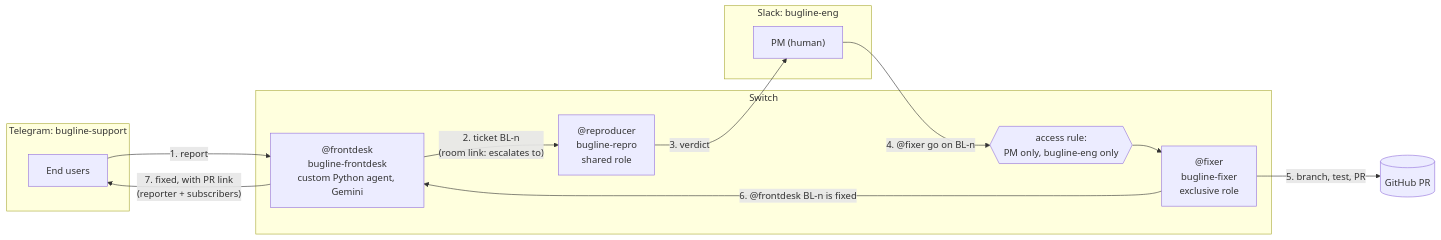
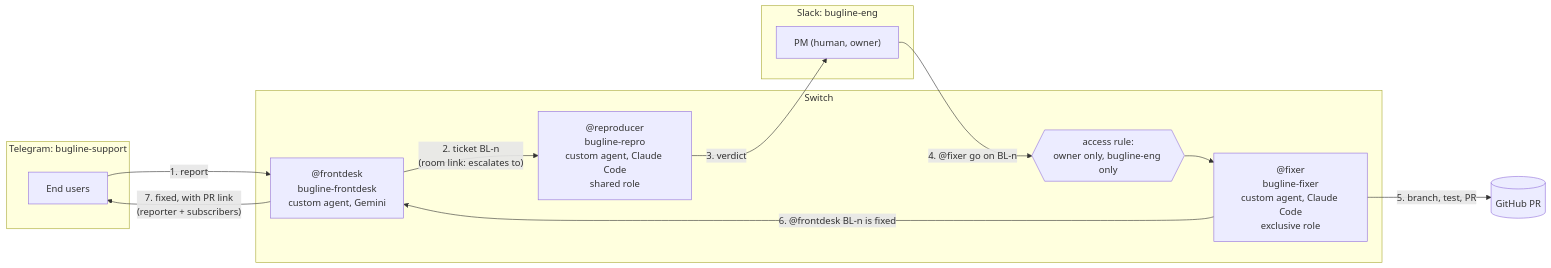
One commit to Ishaan2053/bugline changed the diagram in README.md. Above: the diagram before and after it, drawn with Mermaid. The commit also changed other lines of this file and 9 other files, not shown here.

````diff
--- a/README.md
+++ b/README.md
@@ -41,25 +42,25 @@
 ```mermaid
 flowchart LR
     subgraph TG["Telegram: bugline-support"]
         U["End users"]
     end
     subgraph SW["Switch"]
-        FD["@frontdesk<br/>bugline-frontdesk<br/>custom Python agent, Gemini"]
-        R["@reproducer<br/>bugline-repro<br/>shared role"]
-        F["@fixer<br/>bugline-fixer<br/>exclusive role"]
-        GATE{{"access rule:<br/>PM only, bugline-eng only"}}
+        FD["@frontdesk<br/>bugline-frontdesk<br/>custom agent, Gemini"]
+        R["@reproducer<br/>bugline-repro<br/>custom agent, Claude Code<br/>shared role"]
+        F["@fixer<br/>bugline-fixer<br/>custom agent, Claude Code<br/>exclusive role"]
+        GATE{{"access rule:<br/>owner only, bugline-eng only"}}
     end
     subgraph SL["Slack: bugline-eng"]
-        PM["PM (human)"]
+        PM["PM (human, owner)"]
     end
     GH[("GitHub PR")]
 
     U -- "1. report" --> FD
     FD -- "2. ticket BL-n<br/>(room link: escalates to)" --> R
     R -- "3. verdict" --> PM
     PM -- "4. @fixer go on BL-n" --> GATE
     GATE --> F
     F -- "5. branch, test, PR" --> GH
     F -- "6. @frontdesk BL-n is fixed" --> FD
     FD -- "7. fixed, with PR link<br/>(reporter + subscribers)" --> U
 ```
````
